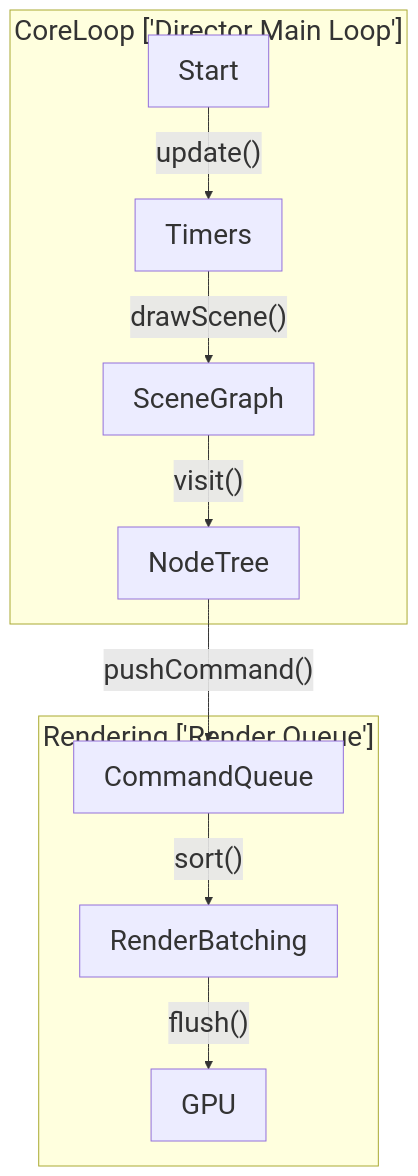
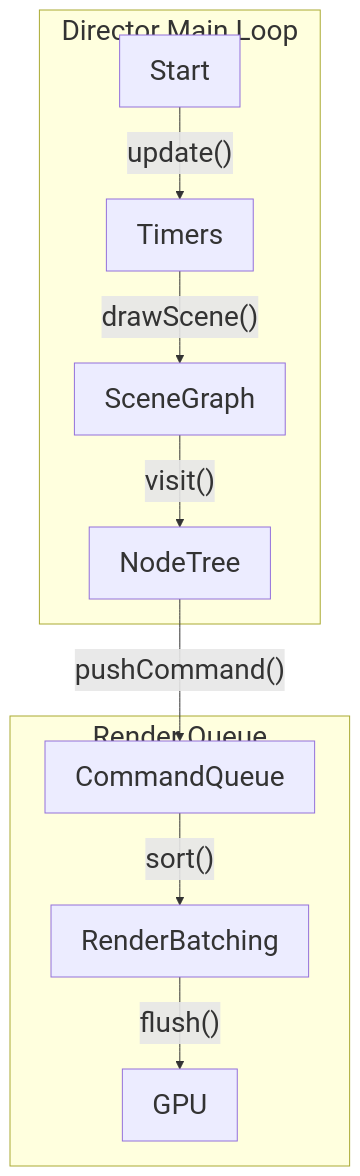
One commit to j4flmao/agent-skills changed the diagram in skills/game/game-development/cocos2d-patterns/SKILL.md. Above: the diagram before and after it, drawn with Mermaid. The commit also changed 38 other files, not shown here.

Commit message:
style(skills): Add padding to Mermaid subgraphs to prevent label overlap with nodes

````diff
--- a/skills/game/game-development/cocos2d-patterns/SKILL.md
+++ b/skills/game/game-development/cocos2d-patterns/SKILL.md
@@ -14,14 +14,14 @@
 ```mermaid
 flowchart TD
 %%{init: {"theme": "default", "themeVariables": {"fontSize": "28px"}, "flowchart": {"useMaxWidth": false}}}%%
-    subgraph CoreLoopDirectorMainLoop ["CoreLoop ['Director Main Loop']"]
+    subgraph CoreLoopDirectorMainLoop ["Director Main Loop<br/>"]
         Start -->|"update()"| Timers
         Timers -->|"drawScene()"| SceneGraph
         SceneGraph -->|"visit()"| NodeTree
     end
-    subgraph RenderingRenderQueue ["Rendering ['Render Queue']"]
+    subgraph RenderingRenderQueue ["Render Queue<br/>"]
         NodeTree -->|"pushCommand()"| CommandQueue
         CommandQueue -->|"sort()"| RenderBatching
         RenderBatching -->|"flush()"| GPU
     end
 ```
````
